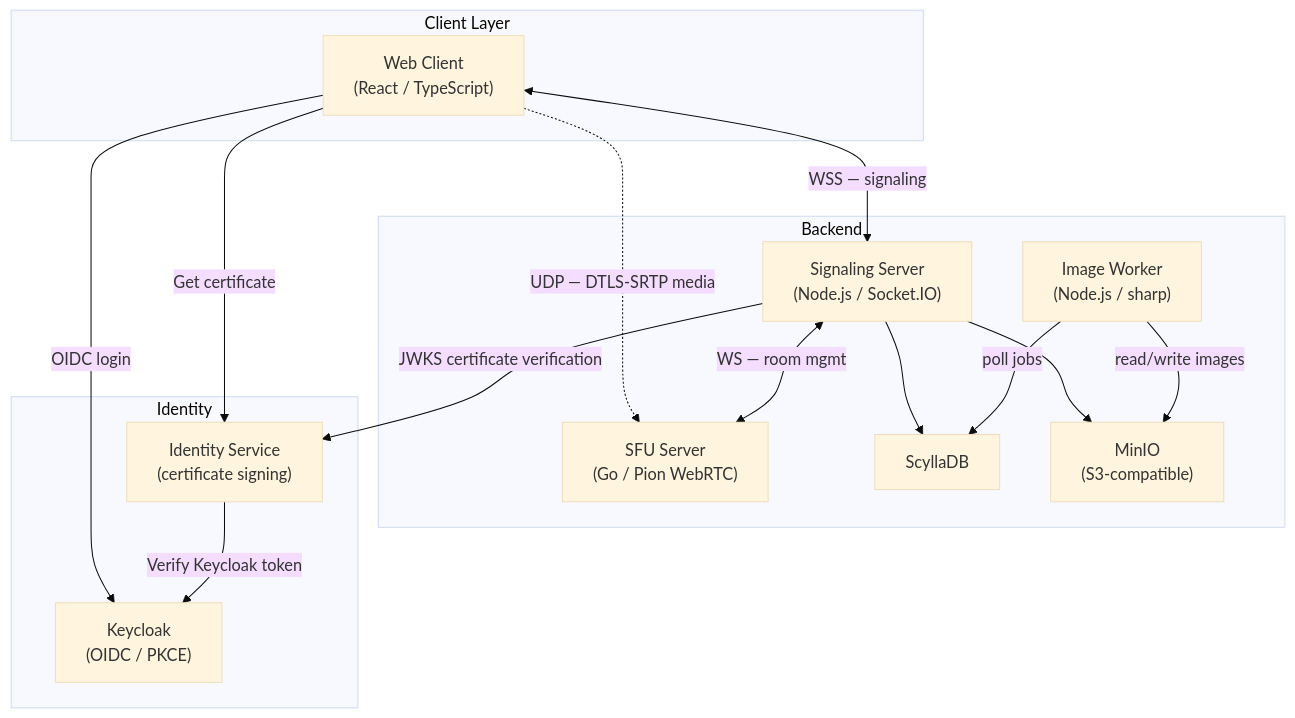
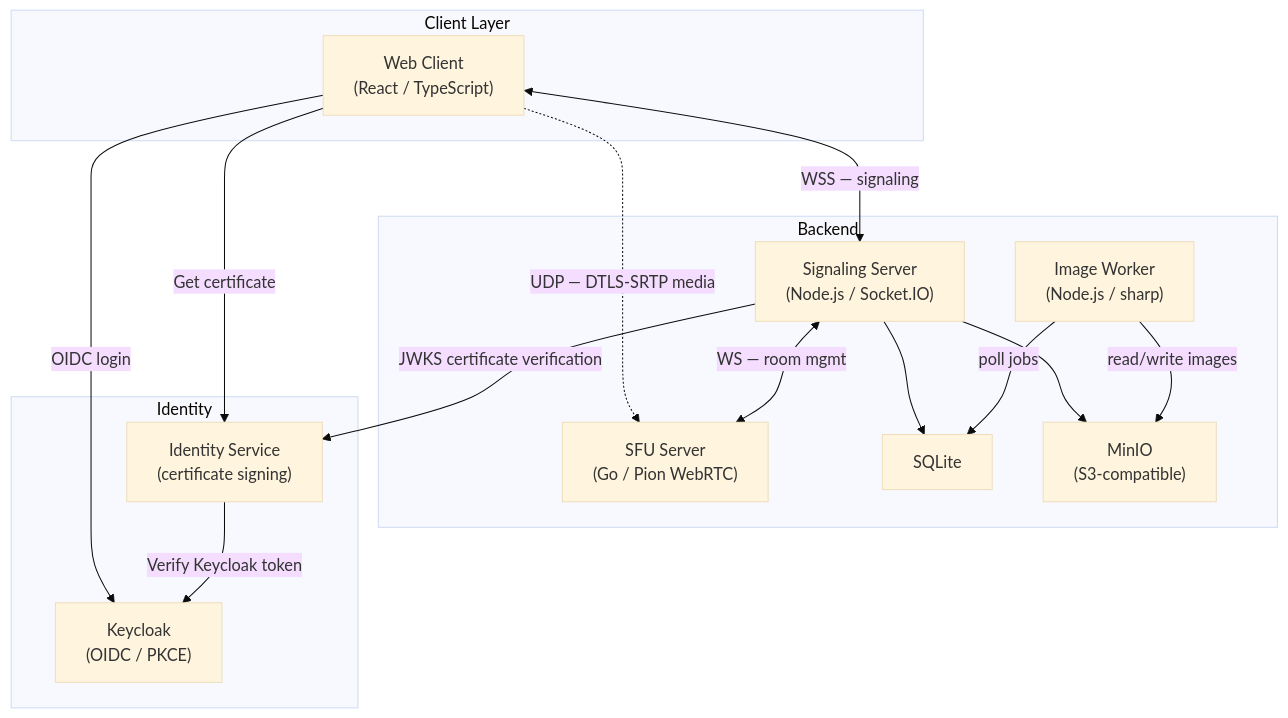
One commit to Gryt-chat/docs changed the first of 4 diagrams in content/docs/guide/architecture.mdx. Above: the diagram before and after it, drawn with Mermaid (base theme). The commit also changed other lines of this file and 4 other files, not shown here.

````diff
--- a/content/docs/guide/architecture.mdx
+++ b/content/docs/guide/architecture.mdx
@@ -9,31 +9,31 @@
 ```mermaid
 graph TB
   subgraph clientLayer [Client Layer]
     WC["Web Client\n(React / TypeScript)"]
   end
 
   subgraph backend [Backend]
     GS["Signaling Server\n(Node.js / Socket.IO)"]
     SFU["SFU Server\n(Go / Pion WebRTC)"]
     IW["Image Worker\n(Node.js / sharp)"]
-    DB["ScyllaDB"]
+    DB["SQLite"]
     S3["MinIO\n(S3-compatible)"]
   end
 
   subgraph identity [Identity]
     Auth["Keycloak\n(OIDC / PKCE)"]
     IS["Identity Service\n(certificate signing)"]
   end
 
   WC <-->|"WSS — signaling"| GS
   WC -.->|"UDP — DTLS-SRTP media"| SFU
   WC -->|"OIDC login"| Auth
   WC -->|"Get certificate"| IS
   IS -->|"Verify Keycloak token"| Auth
   GS <-->|"WS — room mgmt"| SFU
   GS --> DB
   GS --> S3
   IW -->|"poll jobs"| DB
   IW -->|"read/write images"| S3
   GS -->|"JWKS certificate verification"| IS
 ```
````
